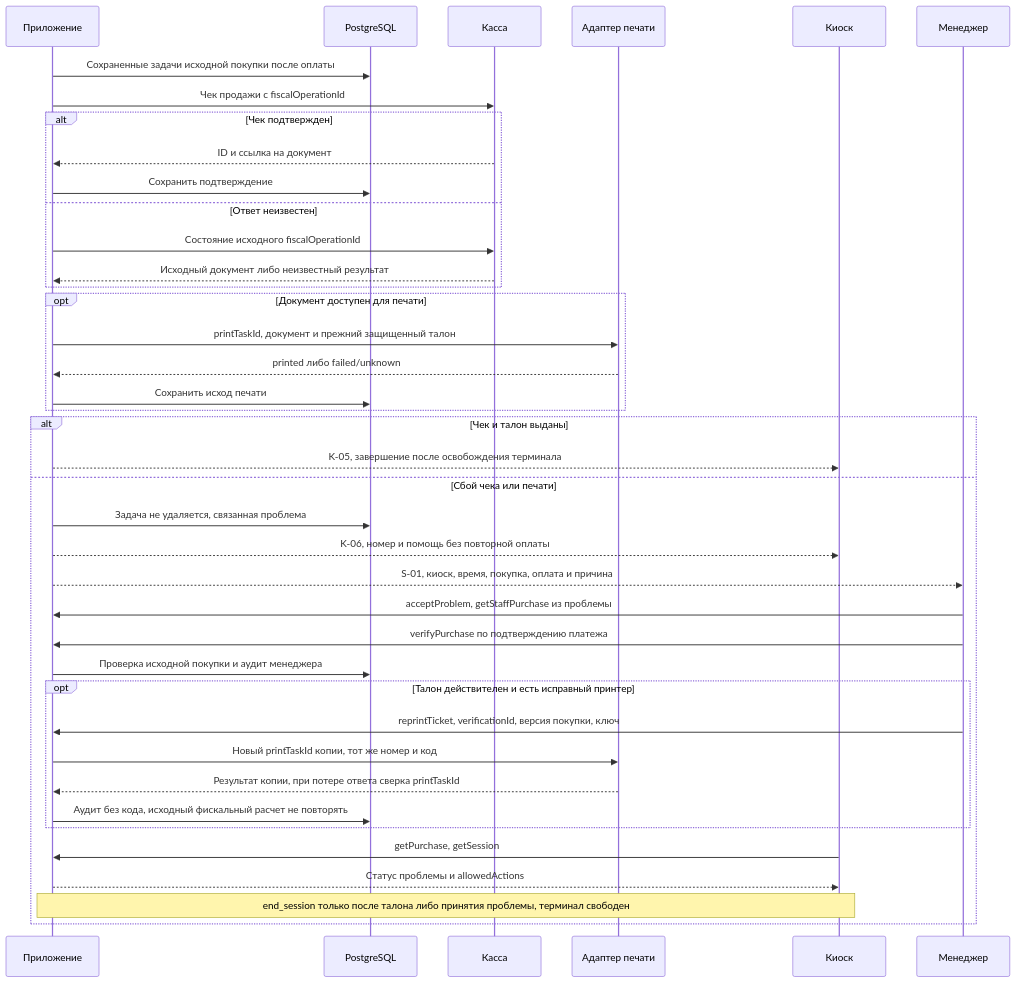
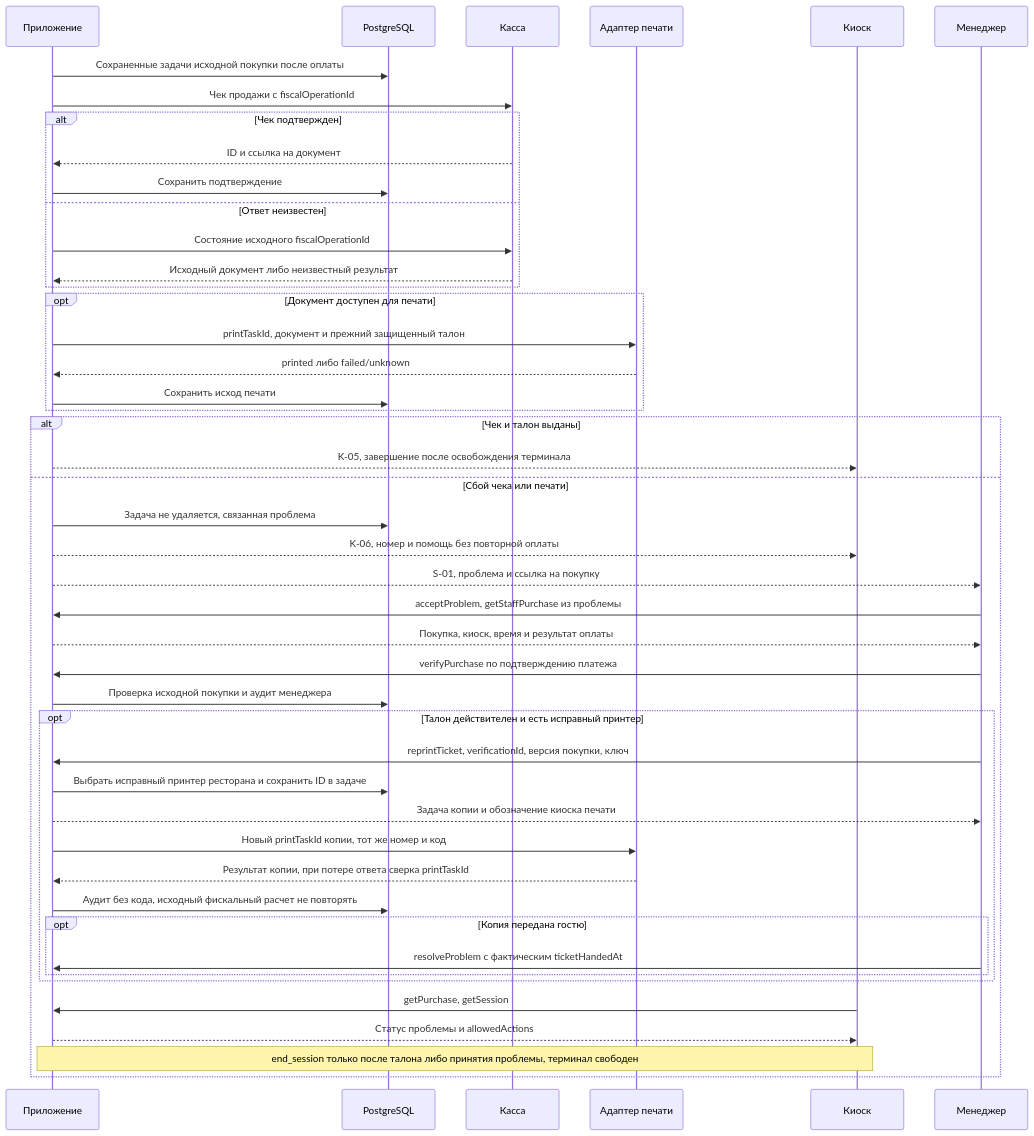
One commit to n-leo-leo/restaurant-order-board changed the third of 8 diagrams in docs/project/published/04_architecture/integration-flows.md. Above: the diagram before and after it, drawn with Mermaid. The commit also changed other lines of this file and 92 other files, not shown here.

````diff
--- a/docs/project/published/04_architecture/integration-flows.md
+++ b/docs/project/published/04_architecture/integration-flows.md
@@ -93,42 +101,48 @@
 ```mermaid
 sequenceDiagram
 participant App as Приложение
 participant DB as PostgreSQL
 participant Cash as Касса
 participant Printer as Адаптер печати
 participant Kiosk as Киоск
 participant Manager as Менеджер
 App->>DB: Сохраненные задачи исходной покупки после оплаты
 App->>Cash: Чек продажи с fiscalOperationId
 alt Чек подтвержден
 Cash-->>App: ID и ссылка на документ
 App->>DB: Сохранить подтверждение
 else Ответ неизвестен
 App->>Cash: Состояние исходного fiscalOperationId
 Cash-->>App: Исходный документ либо неизвестный результат
 end
 opt Документ доступен для печати
 App->>Printer: printTaskId, документ и прежний защищенный талон
 Printer-->>App: printed либо failed/unknown
 App->>DB: Сохранить исход печати
 end
 alt Чек и талон выданы
 App-->>Kiosk: K-05, завершение после освобождения терминала
 else Сбой чека или печати
 App->>DB: Задача не удаляется, связанная проблема
 App-->>Kiosk: K-06, номер и помощь без повторной оплаты
-App-->>Manager: S-01, киоск, время, покупка, оплата и причина
+App-->>Manager: S-01, проблема и ссылка на покупку
 Manager->>App: acceptProblem, getStaffPurchase из проблемы
+App-->>Manager: Покупка, киоск, время и результат оплаты
 Manager->>App: verifyPurchase по подтверждению платежа
 App->>DB: Проверка исходной покупки и аудит менеджера
 opt Талон действителен и есть исправный принтер
 Manager->>App: reprintTicket, verificationId, версия покупки, ключ
+App->>DB: Выбрать исправный принтер ресторана и сохранить ID в задаче
+App-->>Manager: Задача копии и обозначение киоска печати
 App->>Printer: Новый printTaskId копии, тот же номер и код
 Printer-->>App: Результат копии, при потере ответа сверка printTaskId
 App->>DB: Аудит без кода, исходный фискальный расчет не повторять
+opt Копия передана гостю
+Manager->>App: resolveProblem с фактическим ticketHandedAt
+end
 end
 Kiosk->>App: getPurchase, getSession
 App-->>Kiosk: Статус проблемы и allowedActions
 Note over App,Kiosk: end_session только после талона либо принятия проблемы, терминал свободен
 end
 ```
````
